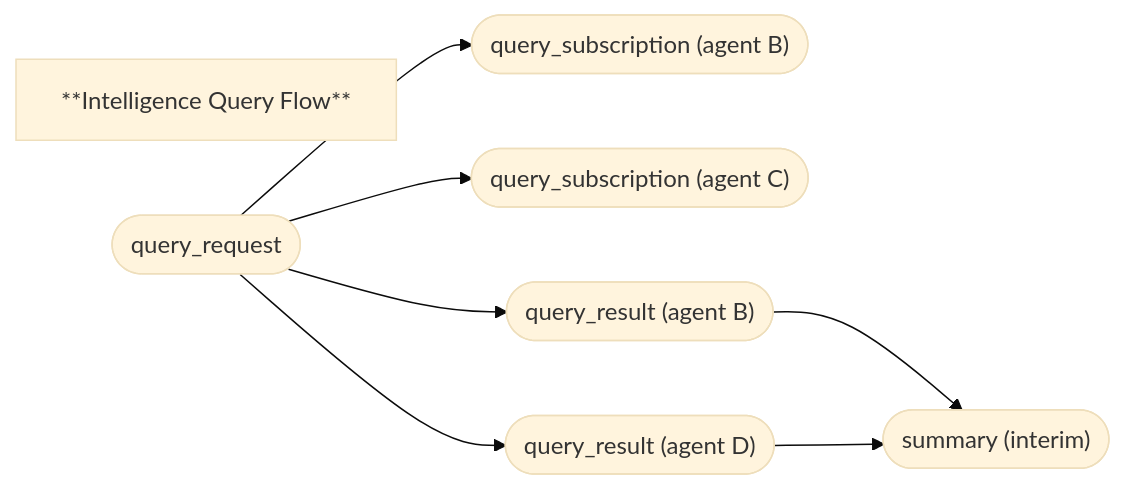
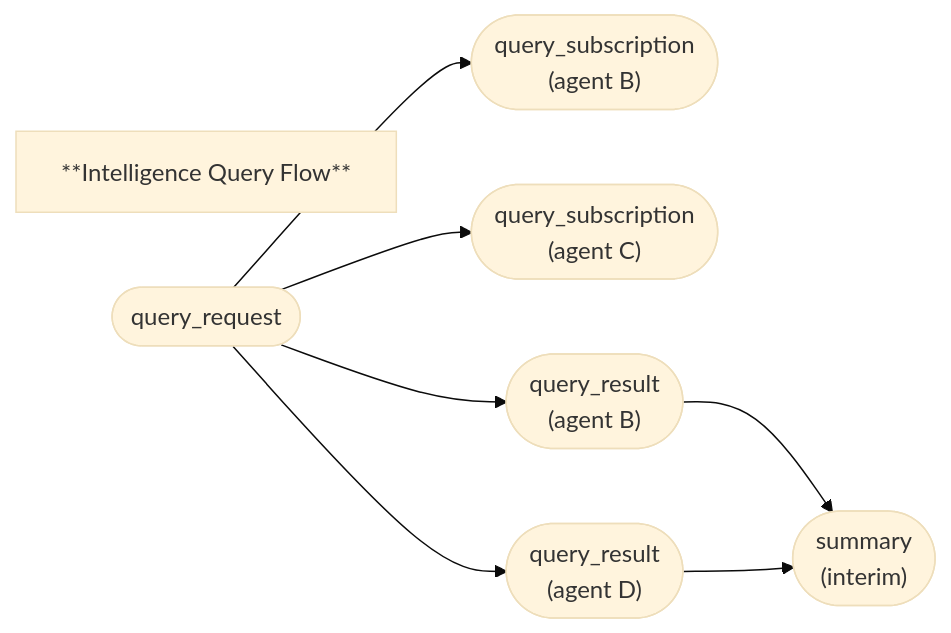
The seventh of 7 diagrams in docs/HMP-0005.md (kagvi13/HMP), drawn with Mermaid (base theme) before and after one commit.

````diff
--- a/docs/HMP-0005.md
+++ b/docs/HMP-0005.md
@@ -2669,18 +2669,18 @@
 ```mermaid
 flowchart LR
     title["**Intelligence Query Flow**"]
 
     request(["query_request"])
-    subA(["query_subscription (agent B)"])
-    subB(["query_subscription (agent C)"])
-    result1(["query_result (agent B)"])
-    result2(["query_result (agent D)"])
-    summary(["summary (interim)"])
+    subA(["query_subscription <br>(agent B)"])
+    subB(["query_subscription <br>(agent C)"])
+    result1(["query_result <br>(agent B)"])
+    result2(["query_result <br>(agent D)"])
+    summary(["summary <br>(interim)"])
 
     request --> subA
     request --> subB
     request --> result1
     request --> result2
     result1 --> summary
     result2 --> summary
 ```
````
